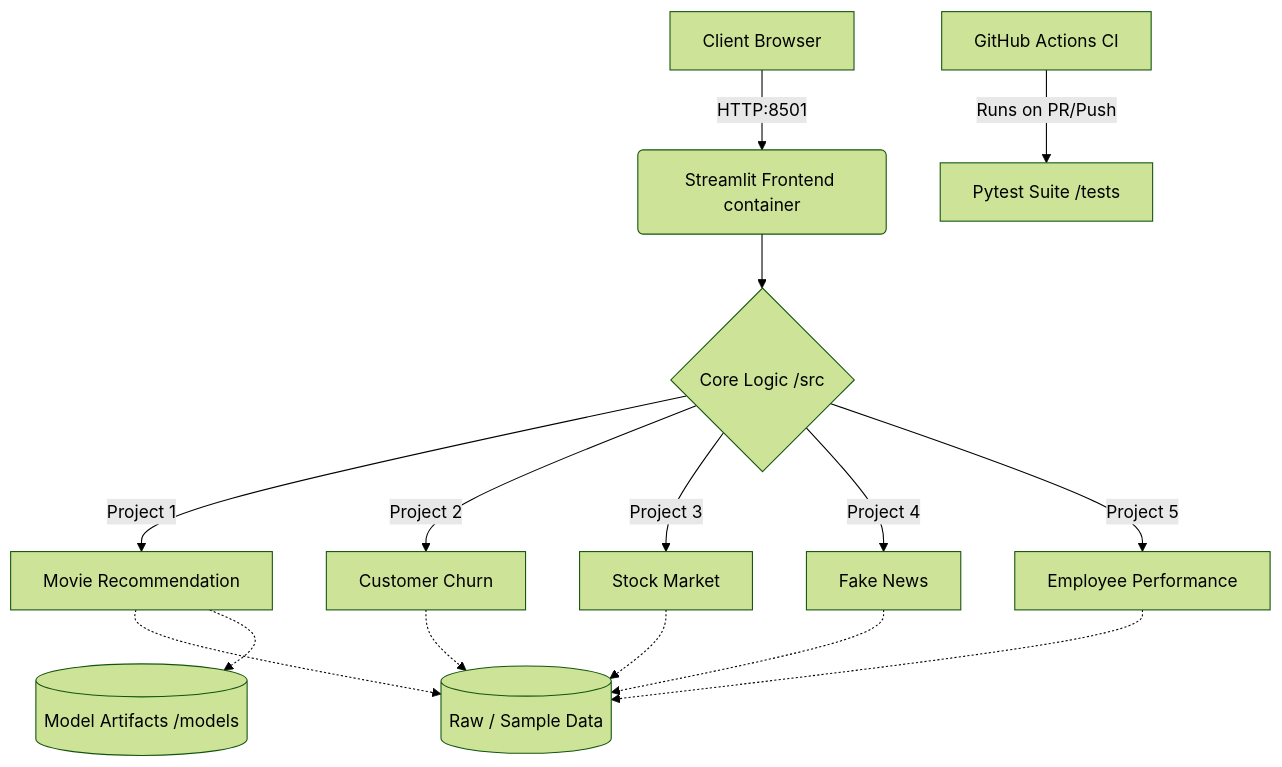
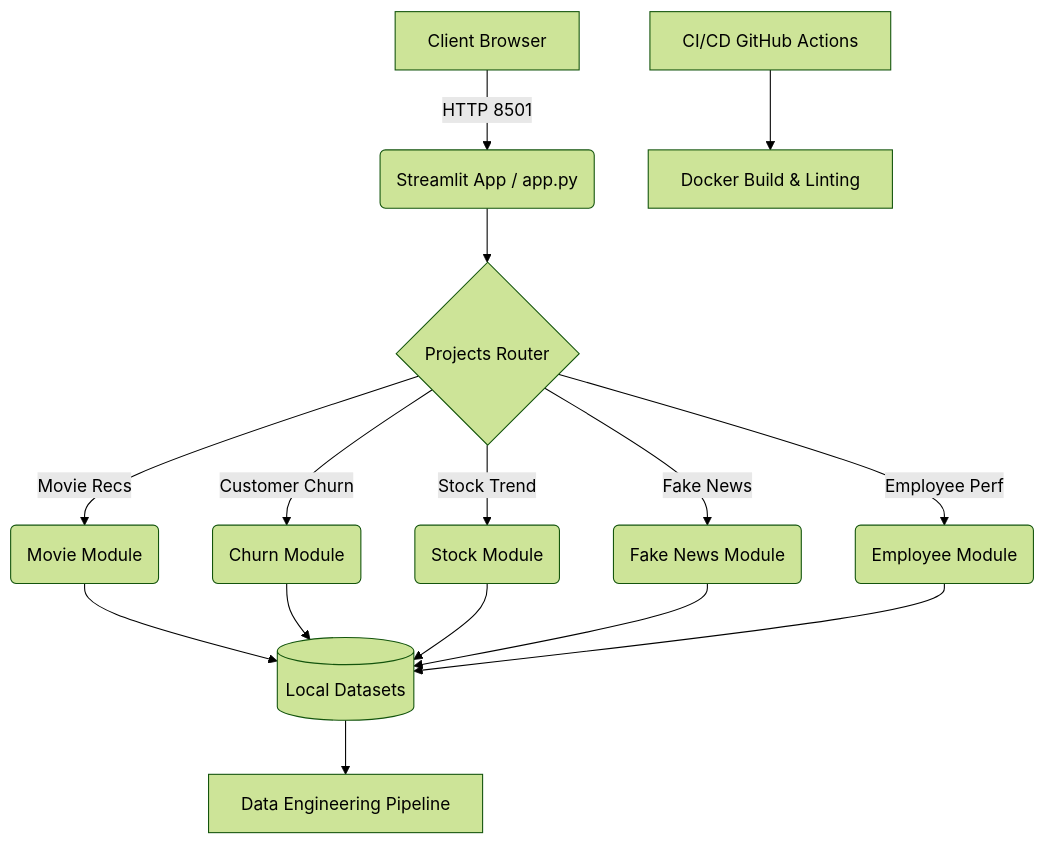
One commit to prajwal918/ml-internship-portfolio changed the diagram in README.md. Above: the diagram before and after it, drawn with Mermaid (forest theme). The commit also changed other lines of this file and 9 other files, not shown here.

Commit message:
feat(core): implement resilient architecture, ci pipeline and comprehensive docs

````diff
--- a/README.md
+++ b/README.md
@@ -17,20 +7,17 @@
 ```mermaid
 graph TD
-    A[Client Browser] -->|HTTP:8501| B(Streamlit Frontend container)
-    B --> C{Core Logic /src}
-    C -->|Project 1| D1[Movie Recommendation]
-    C -->|Project 2| D2[Customer Churn]
-    C -->|Project 3| D3[Stock Market]
-    C -->|Project 4| D4[Fake News]
-    C -->|Project 5| D5[Employee Performance]
-    
-    D1 -.-> E[(Raw / Sample Data)]
-    D2 -.-> E
-    D3 -.-> E
-    D4 -.-> E
-    D5 -.-> E
-    
-    D1 -.-> F[(Model Artifacts /models)]
-    
-    G[GitHub Actions CI] -->|Runs on PR/Push| H[Pytest Suite /tests]
+    A[Client Browser] -->|HTTP 8501| B(Streamlit App / app.py)
+    B --> C{Projects Router}
+    C -->|Movie Recs| D(Movie Module)
+    C -->|Customer Churn| E(Churn Module)
+    C -->|Stock Trend| F(Stock Module)
+    C -->|Fake News| G(Fake News Module)
+    C -->|Employee Perf| H(Employee Module)
+    D --> I[(Local Datasets)]
+    E --> I
+    F --> I
+    G --> I
+    H --> I
+    I --> J[Data Engineering Pipeline]
+    K[CI/CD GitHub Actions] --> L[Docker Build & Linting]
 ```
````
